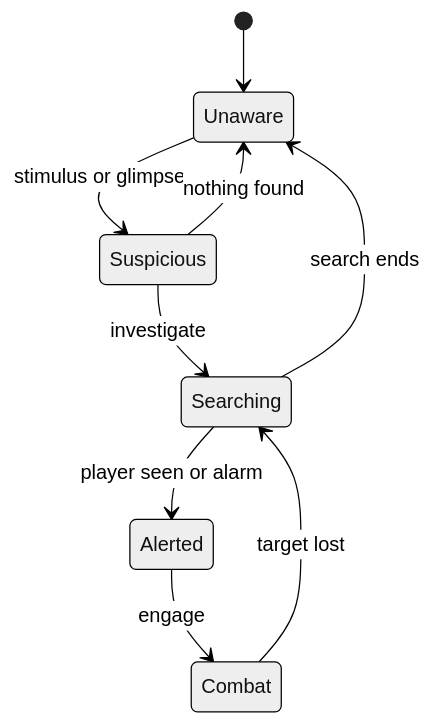
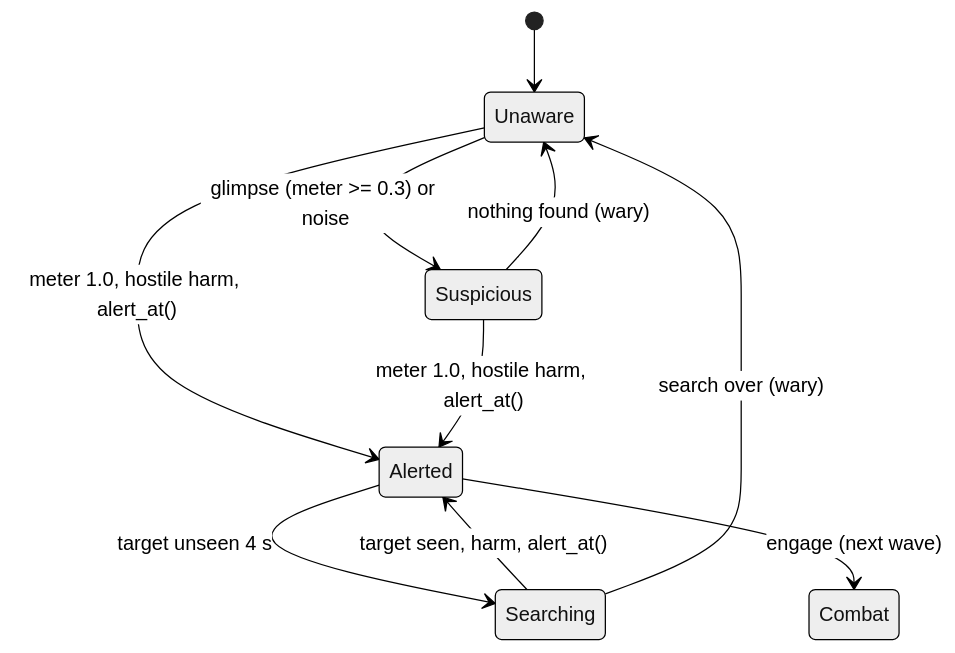
The diagram in design/game/perception-and-ai.md (matts2cant/im-sim-proto), drawn with Mermaid (neutral theme) before and after one commit. The commit also changed other lines of this file and 127 other files, not shown here.

````diff
--- a/design/game/perception-and-ai.md
+++ b/design/game/perception-and-ai.md
@@ -18,11 +18,12 @@
 ```mermaid
 stateDiagram-v2
     [*] --> Unaware
-    Unaware --> Suspicious : stimulus or glimpse
-    Suspicious --> Searching : investigate
-    Suspicious --> Unaware : nothing found
-    Searching --> Alerted : player seen or alarm
-    Alerted --> Combat : engage
-    Combat --> Searching : target lost
-    Searching --> Unaware : search ends
+    Unaware --> Suspicious : glimpse (meter >= 0.3) or noise
+    Unaware --> Alerted : meter 1.0, hostile harm, alert_at()
+    Suspicious --> Alerted : meter 1.0, hostile harm, alert_at()
+    Suspicious --> Unaware : nothing found (wary)
+    Alerted --> Searching : target unseen 4 s
+    Searching --> Alerted : target seen, harm, alert_at()
+    Searching --> Unaware : search over (wary)
+    Alerted --> Combat : engage (next wave)
 ```
````
